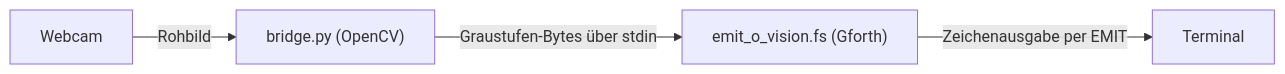
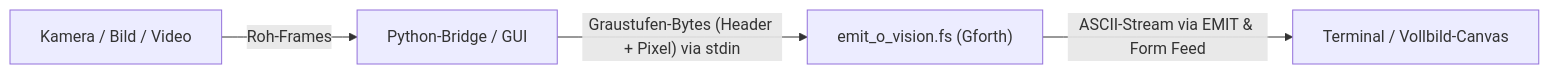
Before and after one commit to TGBox/EMIT-O-VISION: the diagram in README.md, drawn with Mermaid. The commit also changed other lines of this file and 9 other files, not shown here.

Commit message:
feat: add forth image renderer, add python webcam feed converter, add python gui, add cli controls

````diff
--- a/README.md
+++ b/README.md
@@ -12,6 +25,6 @@
 ```mermaid
 flowchart LR
-    A["Webcam"] -->|Rohbild| B["bridge.py (OpenCV)"]
-    B -->|"Graustufen-Bytes über stdin"| C["emit_o_vision.fs (Gforth)"]
-    C -->|"Zeichenausgabe per EMIT"| D["Terminal"]
+    A["Kamera / Bild / Video"] -->|Roh-Frames| B["Python-Bridge / GUI"]
+    B -->|"Graustufen-Bytes (Header + Pixel) via stdin"| C["emit_o_vision.fs (Gforth)"]
+    C -->|"ASCII-Stream via EMIT & Form Feed"| D["Terminal / Vollbild-Canvas"]
 ```
````
